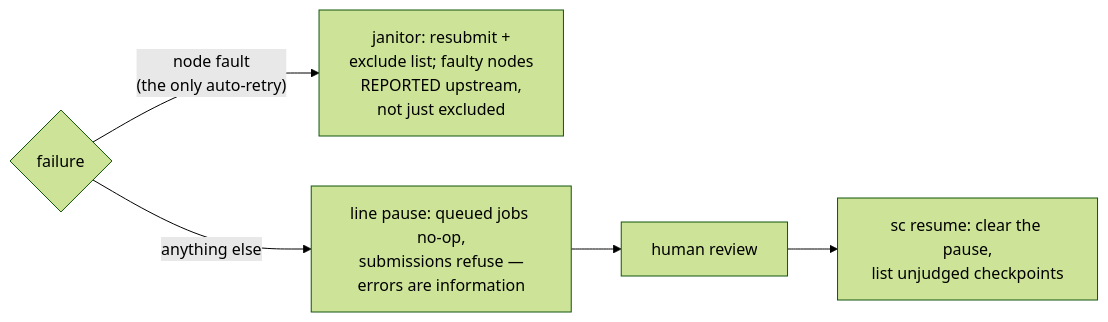
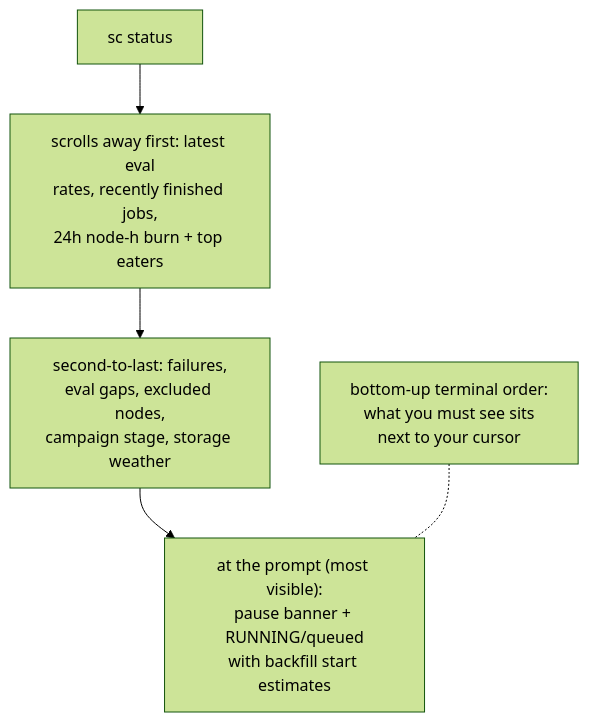
Diagram 16 of 24 in docs/cli.md (storax-io/storax-ai-train-rocm), drawn with Mermaid (forest theme) before and after one commit. The commit also changed other lines of this file, not shown here.

Commit message:
cli.md: one flowchart per sc verb (all ~30: launch, judging, data, observing, recovery, storage doctrine), framed as what it is — a front end to Slurm where all causality lives in dependencies; still scrubbed to usage-level (closed source, open usage)

````diff
--- a/docs/cli.md
+++ b/docs/cli.md
@@ -126,6 +199,7 @@
 ```mermaid
-flowchart LR
-    F{failure} -- "node fault<br/>(the only auto-retry)" --> J["janitor: resubmit +<br/>exclude list; faulty nodes<br/>REPORTED upstream,<br/>not just excluded"]
-    F -- "anything else" --> P["line pause: queued jobs no-op,<br/>submissions refuse —<br/>errors are information"]
-    P --> HR["human review"] --> RS["sc resume: clear the pause,<br/>list unjudged checkpoints"]
+flowchart TB
+    ST2[sc status] --> TOP["scrolls away first: latest eval<br/>rates, recently finished jobs,<br/>24h node-h burn + top eaters"]
+    TOP --> MID2["second-to-last: failures,<br/>eval gaps, excluded nodes,<br/>campaign stage, storage weather"]
+    MID2 --> BOT["at the prompt (most visible):<br/>pause banner + RUNNING/queued<br/>with backfill start estimates"]
+    NOTE["bottom-up terminal order:<br/>what you must see sits<br/>next to your cursor"] -.- BOT
 ```
````
